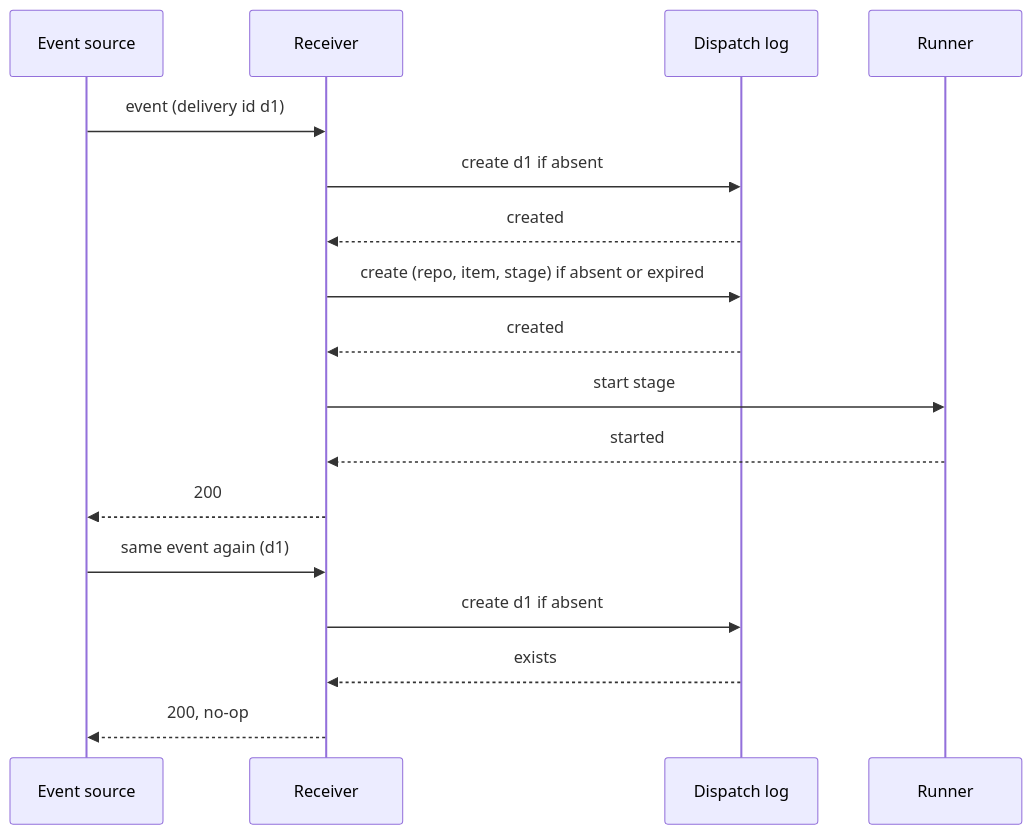
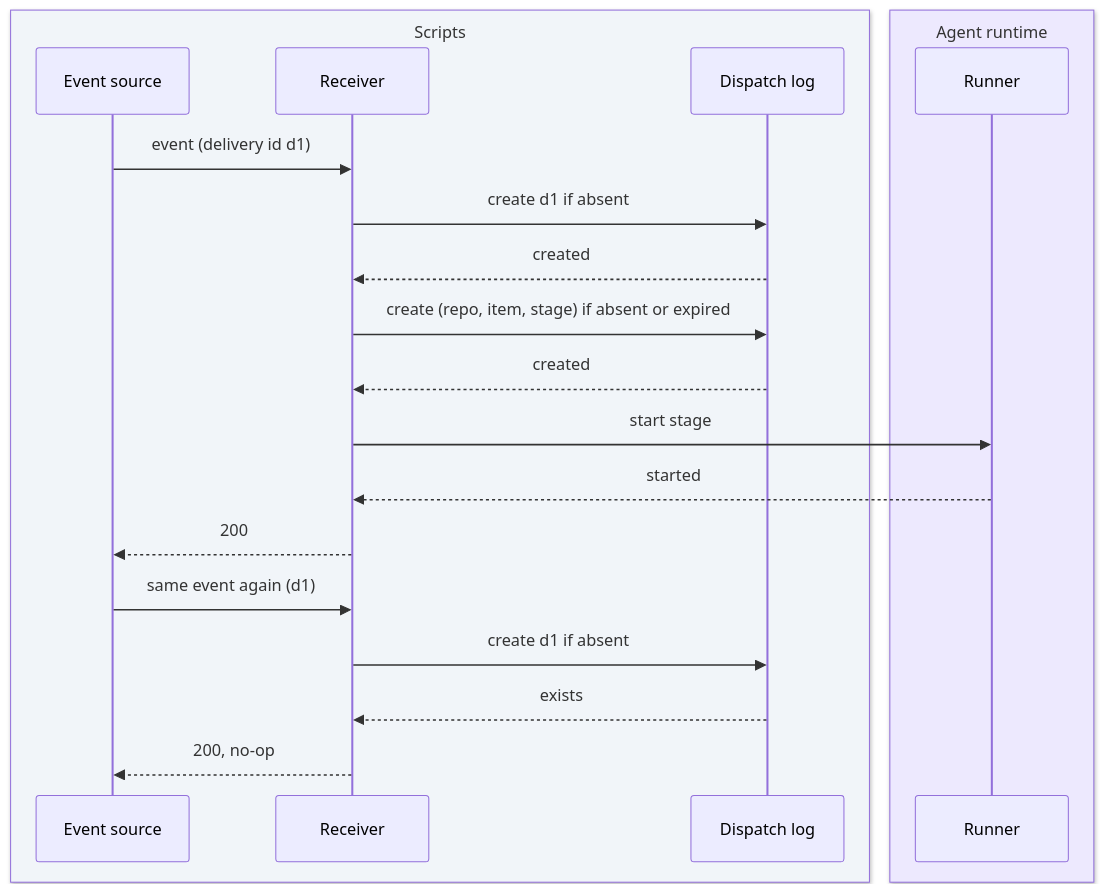
One commit to icelink-ai/software-factory-manifesto changed the diagram in docs/02-deterministic-spine/idempotent-dispatch.md. Above: the diagram before and after it, drawn with Mermaid. The commit also changed other lines of this file and 73 other files, not shown here.

````diff
--- a/docs/02-deterministic-spine/idempotent-dispatch.md
+++ b/docs/02-deterministic-spine/idempotent-dispatch.md
@@ -30,19 +41,23 @@
 ```mermaid
 sequenceDiagram
-    participant S as Event source
-    participant R as Receiver
-    participant D as Dispatch log
-    participant X as Runner
+    box rgb(241,245,249) Scripts
+        participant S as Event source
+        participant R as Receiver
+        participant D as Dispatch log
+    end
+    box rgb(237,233,254) Agent runtime
+        participant X as Runner
+    end
     S->>R: event (delivery id d1)
     R->>D: create d1 if absent
     D-->>R: created
     R->>D: create (repo, item, stage) if absent or expired
     D-->>R: created
     R->>X: start stage
     X-->>R: started
     R-->>S: 200
     S->>R: same event again (d1)
     R->>D: create d1 if absent
     D-->>R: exists
     R-->>S: 200, no-op
 ```
````
